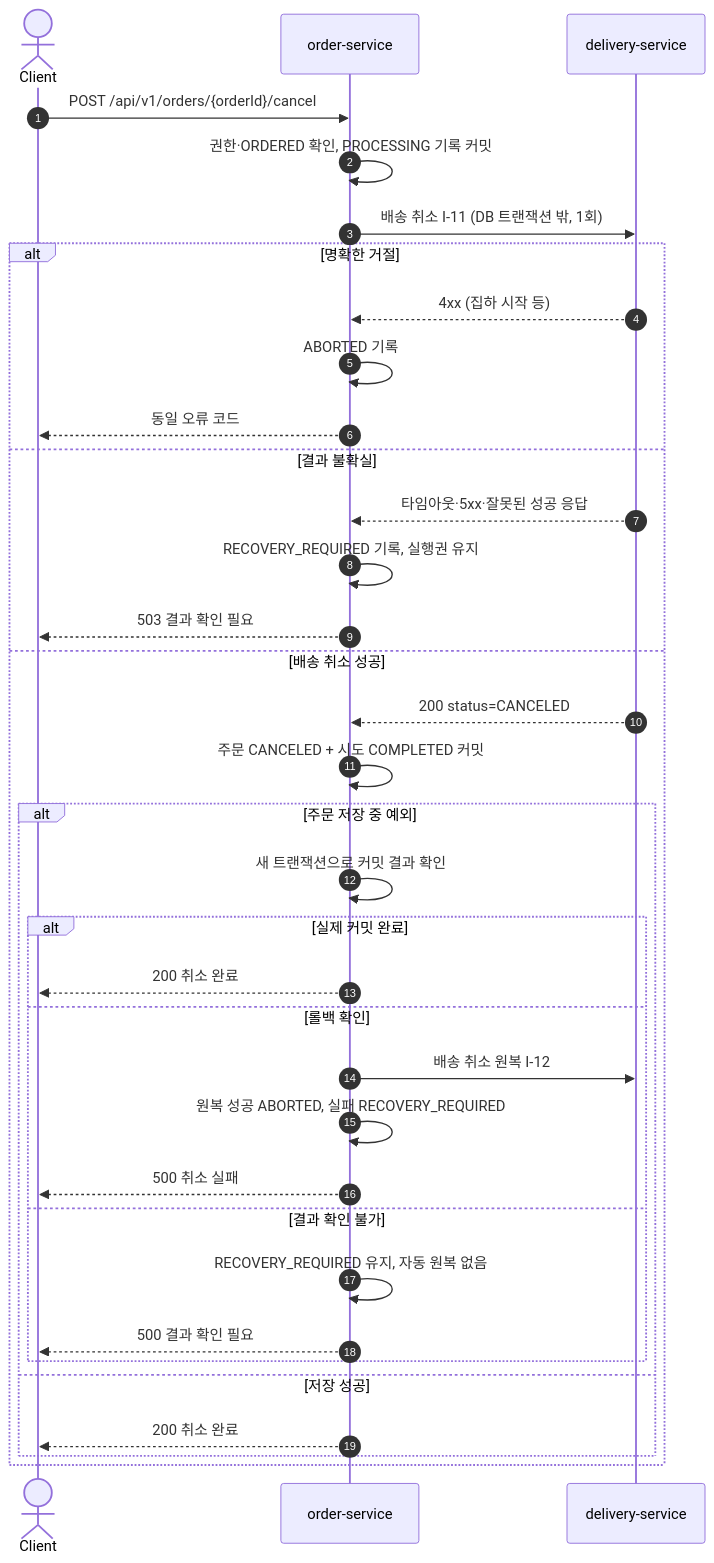
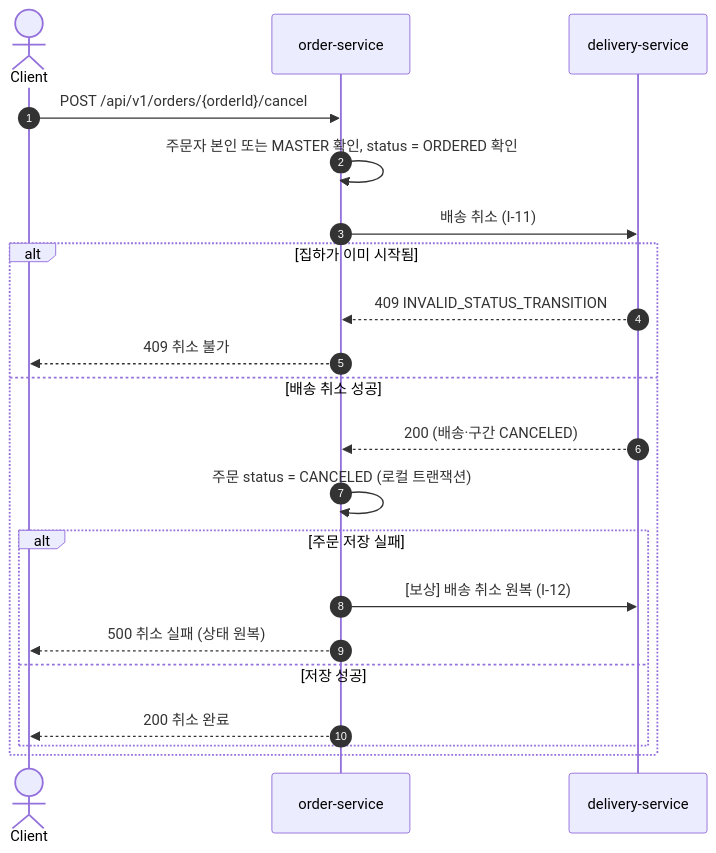
One commit to logistics-group3/logistics-management changed diagram 19 of 20 in docs/SA/sparta-logistics-sa.md. Above: the diagram before and after it, drawn with Mermaid. The commit also changed other lines of this file and 608 other files, not shown here.

````diff
--- a/docs/SA/sparta-logistics-sa.md
+++ b/docs/SA/sparta-logistics-sa.md
@@ -2338,38 +2173,24 @@
 ```mermaid
 sequenceDiagram
     autonumber
     actor C as Client
     participant O as order-service
     participant D as delivery-service
 
     C->>O: POST /api/v1/orders/{orderId}/cancel
-    O->>O: 권한·ORDERED 확인, PROCESSING 기록 커밋
-    O->>D: 배송 취소 I-11 (DB 트랜잭션 밖, 1회)
-    alt 명확한 거절
-        D-->>O: 4xx (집하 시작 등)
-        O->>O: ABORTED 기록
-        O-->>C: 동일 오류 코드
-    else 결과 불확실
-        D-->>O: 타임아웃·5xx·잘못된 성공 응답
-        O->>O: RECOVERY_REQUIRED 기록, 실행권 유지
-        O-->>C: 503 결과 확인 필요
+    O->>O: 주문자 본인 또는 MASTER 확인, status = ORDERED 확인
+    O->>D: 배송 취소 (I-11)
+    alt 집하가 이미 시작됨
+        D-->>O: 409 INVALID_STATUS_TRANSITION
+        O-->>C: 409 취소 불가
     else 배송 취소 성공
-        D-->>O: 200 status=CANCELED
-        O->>O: 주문 CANCELED + 시도 COMPLETED 커밋
-        alt 주문 저장 중 예외
-            O->>O: 새 트랜잭션으로 커밋 결과 확인
-            alt 실제 커밋 완료
-                O-->>C: 200 취소 완료
-            else 롤백 확인
-                O->>D: 배송 취소 원복 I-12
-                O->>O: 원복 성공 ABORTED, 실패 RECOVERY_REQUIRED
-                O-->>C: 500 취소 실패
-            else 결과 확인 불가
-                O->>O: RECOVERY_REQUIRED 유지, 자동 원복 없음
-                O-->>C: 500 결과 확인 필요
-            end
+        D-->>O: 200 (배송·구간 CANCELED)
+        O->>O: 주문 status = CANCELED (로컬 트랜잭션)
+        alt 주문 저장 실패
+            O->>D: [보상] 배송 취소 원복 (I-12)
+            O-->>C: 500 취소 실패 (상태 원복)
         else 저장 성공
             O-->>C: 200 취소 완료
         end
     end
 ```
````
